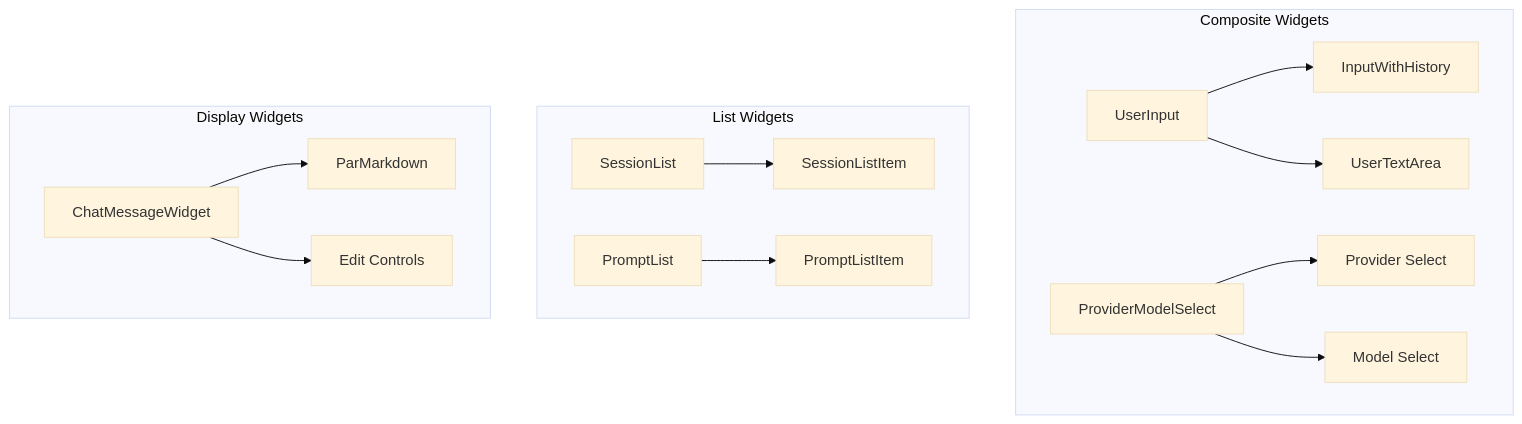
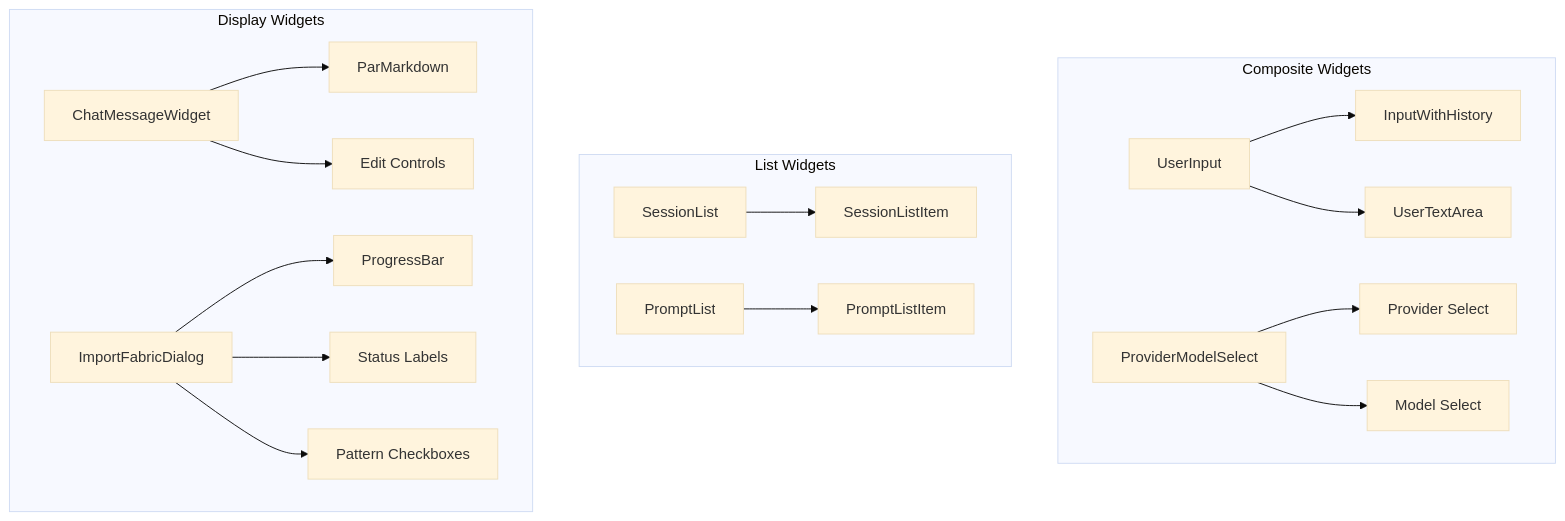
One commit to paulrobello/parllama changed diagram 11 of 13 in project_design.md. Above: the diagram before and after it, drawn with Mermaid (base theme). The commit also changed other lines of this file and 6 other files, not shown here.

First line of the commit message:
Enhance Fabric import with comprehensive progress tracking and increased file size limits

````diff
--- a/project_design.md
+++ b/project_design.md
@@ -812,26 +812,31 @@
 ```mermaid
 graph TD
     subgraph "Composite Widgets"
         A[UserInput]
         A --> B[InputWithHistory]
         A --> C[UserTextArea]
         
         D[ProviderModelSelect]
         D --> E[Provider Select]
         D --> F[Model Select]
     end
     
     subgraph "List Widgets"
         G[SessionList]
         G --> H[SessionListItem]
         
         I[PromptList]
         I --> J[PromptListItem]
     end
     
     subgraph "Display Widgets"
         K[ChatMessageWidget]
         K --> L[ParMarkdown]
         K --> M[Edit Controls]
+        
+        N[ImportFabricDialog]
+        N --> O[ProgressBar]
+        N --> P[Status Labels]
+        N --> Q[Pattern Checkboxes]
     end
 ```
````
